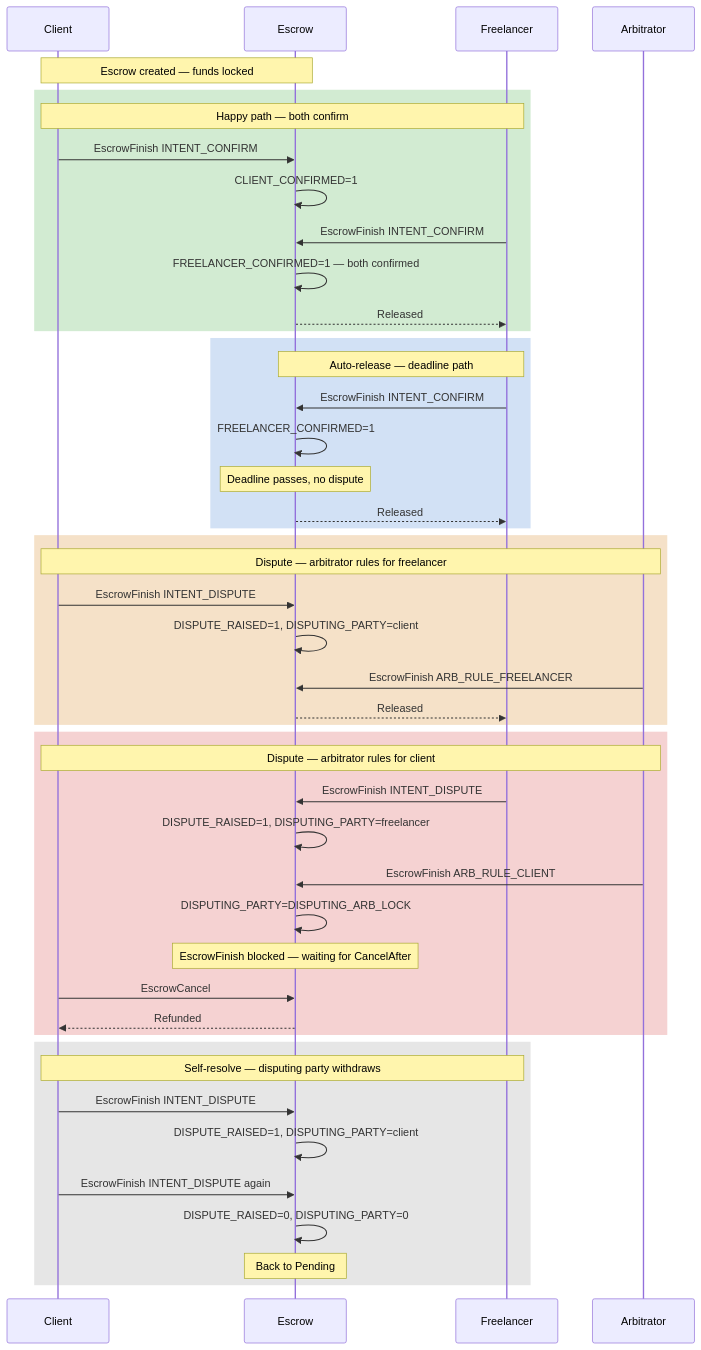
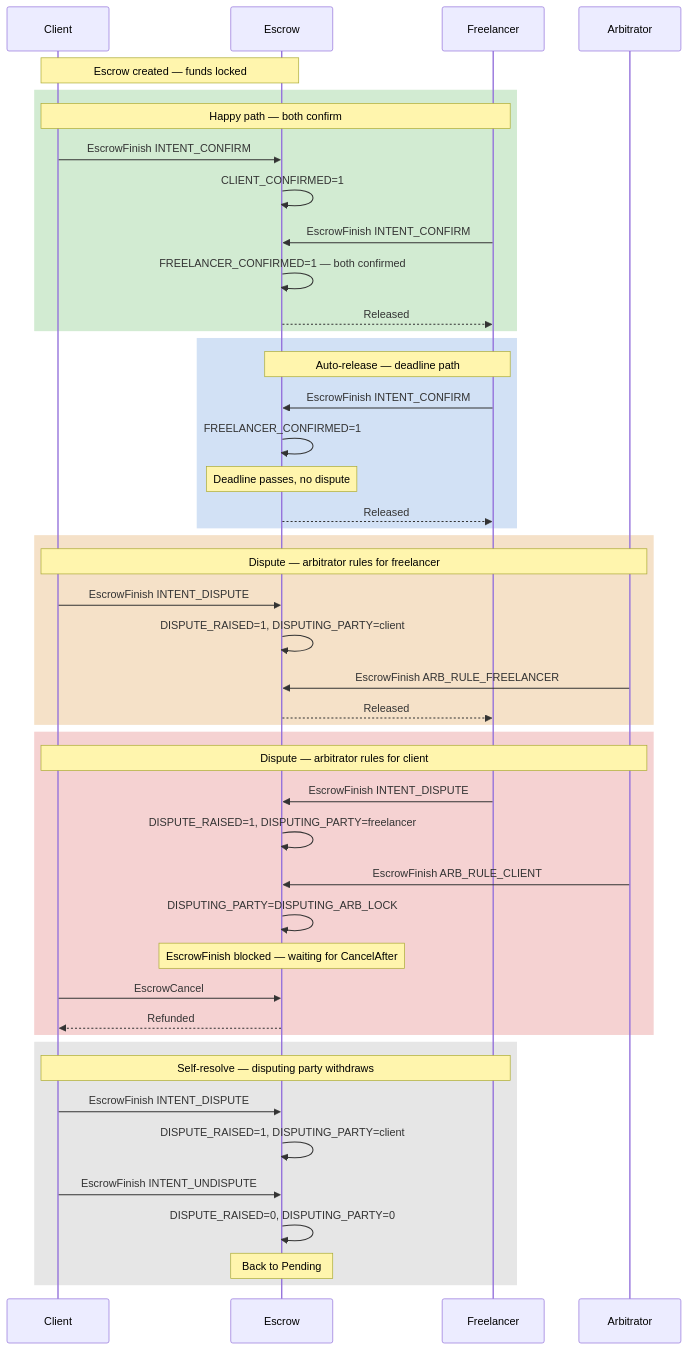
The second of 2 diagrams in examples/smart-escrows/freelancer_escrow/DIAGRAMS.md (ripple/xrpl-wasm-stdlib), drawn with Mermaid before and after one commit. The commit also changed other lines of this file and 2 other files, not shown here.

Commit message:
big refactor, byte packing, extra undispute state, macros, cleanup

````diff
--- a/examples/smart-escrows/freelancer_escrow/DIAGRAMS.md
+++ b/examples/smart-escrows/freelancer_escrow/DIAGRAMS.md
@@ -48,54 +48,54 @@
 ```mermaid
 sequenceDiagram
     participant Client
     participant Escrow
     participant Freelancer
     participant Arbitrator
 
     Note over Client,Escrow: Escrow created — funds locked
 
     rect rgb(210, 235, 210)
         Note over Client,Freelancer: Happy path — both confirm
         Client->>Escrow: EscrowFinish INTENT_CONFIRM
         Escrow->>Escrow: CLIENT_CONFIRMED=1
         Freelancer->>Escrow: EscrowFinish INTENT_CONFIRM
         Escrow->>Escrow: FREELANCER_CONFIRMED=1 — both confirmed
         Escrow-->>Freelancer: Released
     end
 
     rect rgb(210, 225, 245)
         Note over Freelancer,Escrow: Auto-release — deadline path
         Freelancer->>Escrow: EscrowFinish INTENT_CONFIRM
         Escrow->>Escrow: FREELANCER_CONFIRMED=1
         Note over Escrow: Deadline passes, no dispute
         Escrow-->>Freelancer: Released
     end
 
     rect rgb(245, 225, 200)
         Note over Client,Arbitrator: Dispute — arbitrator rules for freelancer
         Client->>Escrow: EscrowFinish INTENT_DISPUTE
         Escrow->>Escrow: DISPUTE_RAISED=1, DISPUTING_PARTY=client
         Arbitrator->>Escrow: EscrowFinish ARB_RULE_FREELANCER
         Escrow-->>Freelancer: Released
     end
 
     rect rgb(245, 210, 210)
         Note over Client,Arbitrator: Dispute — arbitrator rules for client
         Freelancer->>Escrow: EscrowFinish INTENT_DISPUTE
         Escrow->>Escrow: DISPUTE_RAISED=1, DISPUTING_PARTY=freelancer
         Arbitrator->>Escrow: EscrowFinish ARB_RULE_CLIENT
         Escrow->>Escrow: DISPUTING_PARTY=DISPUTING_ARB_LOCK
         Note over Escrow: EscrowFinish blocked — waiting for CancelAfter
         Client->>Escrow: EscrowCancel
         Escrow-->>Client: Refunded
     end
 
     rect rgb(230, 230, 230)
         Note over Client,Freelancer: Self-resolve — disputing party withdraws
         Client->>Escrow: EscrowFinish INTENT_DISPUTE
         Escrow->>Escrow: DISPUTE_RAISED=1, DISPUTING_PARTY=client
-        Client->>Escrow: EscrowFinish INTENT_DISPUTE again
+        Client->>Escrow: EscrowFinish INTENT_UNDISPUTE
         Escrow->>Escrow: DISPUTE_RAISED=0, DISPUTING_PARTY=0
         Note over Escrow: Back to Pending
     end
 ```
````
